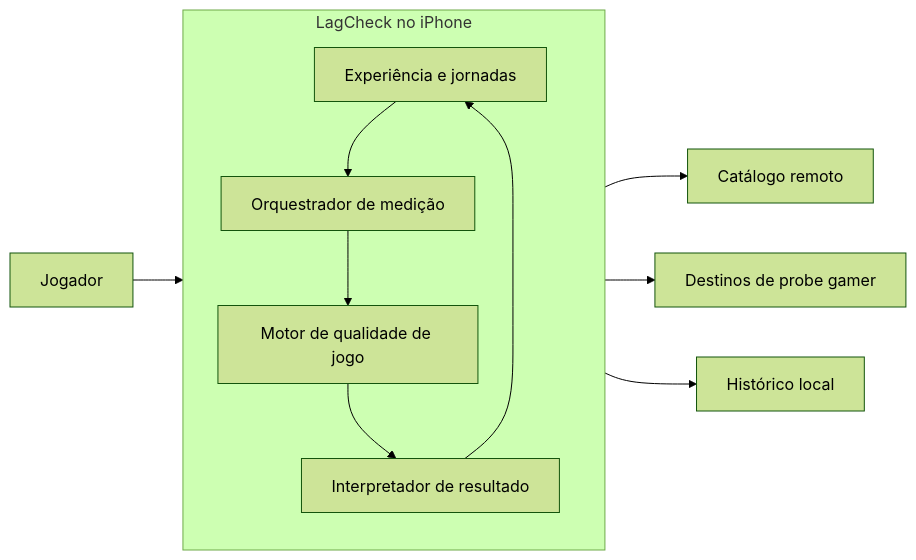
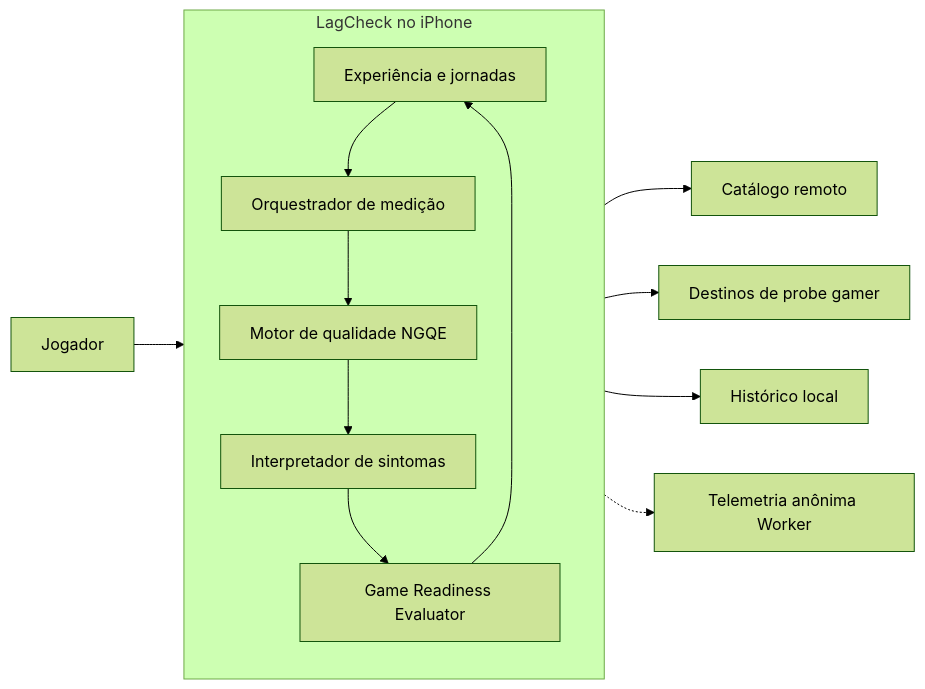
One commit to gmmattey/lagcheck changed the first of 4 diagrams in docs/02-arquitetura.md. Above: the diagram before and after it, drawn with Mermaid (forest theme). The commit also changed other lines of this file and 8 other files, not shown here.

````diff
--- a/docs/02-arquitetura.md
+++ b/docs/02-arquitetura.md
@@ -17,15 +18,17 @@
 ```mermaid
 flowchart LR
     U[Jogador] --> A[LagCheck no iPhone]
     A --> C[Catálogo remoto]
     A --> P[Destinos de probe gamer]
     A --> H[Histórico local]
+    A -.-> T[Telemetria anônima Worker]
 
     subgraph A[LagCheck no iPhone]
         UI[Experiência e jornadas]
         ORQ[Orquestrador de medição]
-        ENG[Motor de qualidade de jogo]
-        RES[Interpretador de resultado]
-        UI --> ORQ --> ENG --> RES --> UI
+        ENG[Motor de qualidade NGQE]
+        INT[Interpretador de sintomas]
+        RDY[Game Readiness Evaluator]
+        UI --> ORQ --> ENG --> INT --> RDY --> UI
     end
 ```
````
